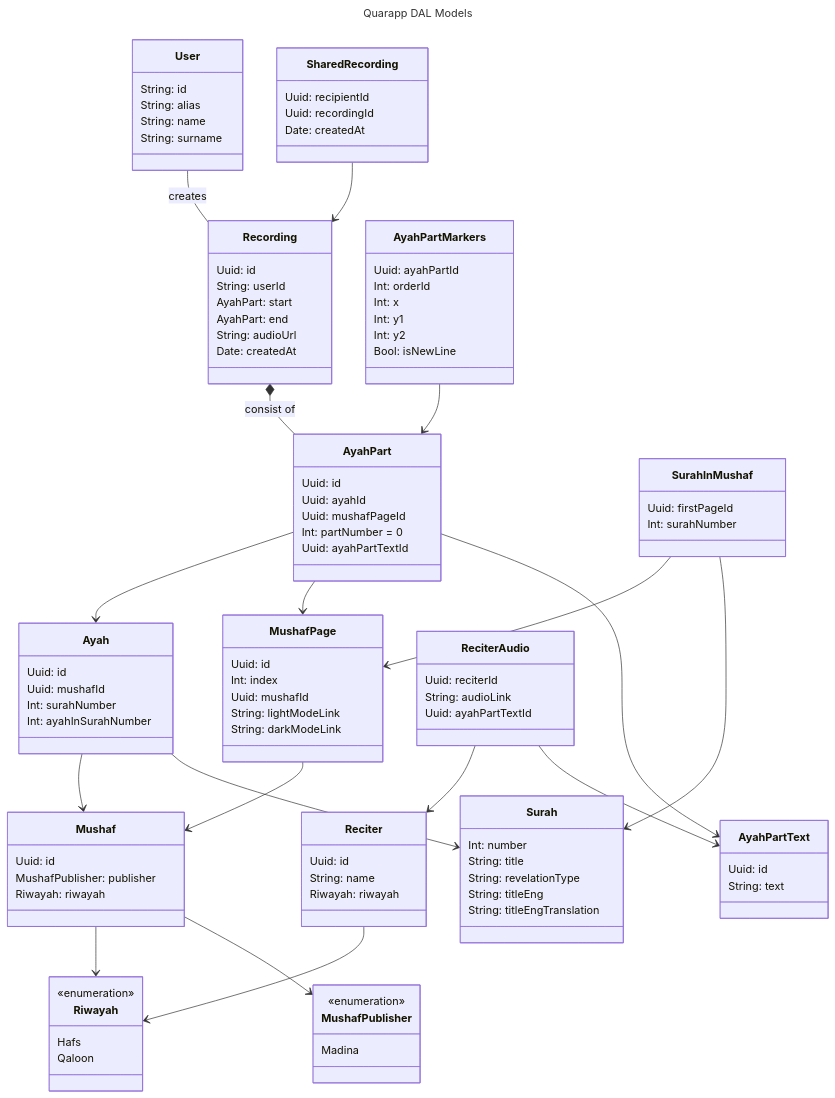
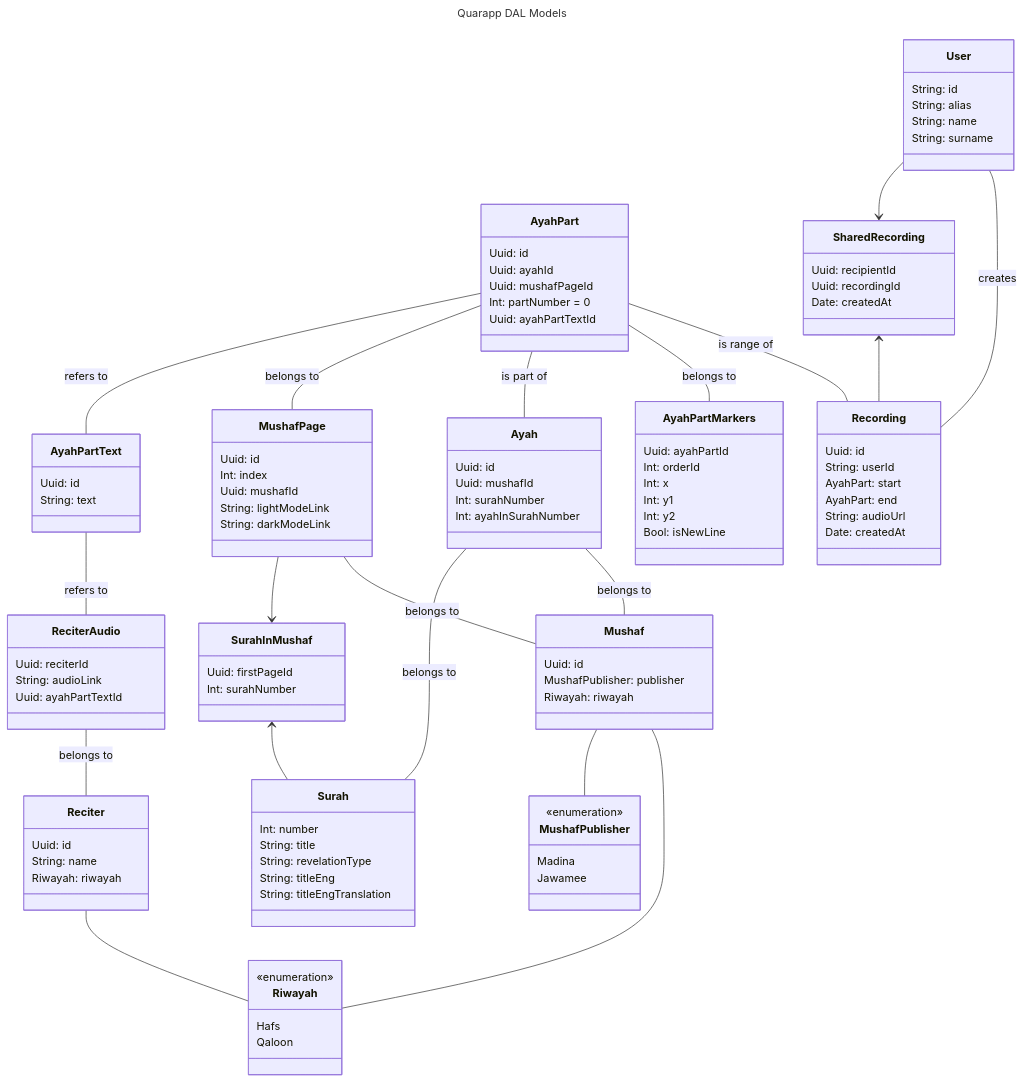
The diagram in models_mvp_v2.mmd (CrowdsourcingApps/QuaranApp_Backend), drawn with Mermaid before and after one commit. The commit also changed 2 other files, not shown here.

Commit message:
Fix/Updated old diagrams

```diff
--- a/models_mvp_v2.mmd
+++ b/models_mvp_v2.mmd
@@ -1,107 +1,109 @@
 ---
 title: Quarapp DAL Models
 ---
 classDiagram
 class Riwayah {
     <<enumeration>>
     Hafs
     Qaloon
 }
 class MushafPublisher {
     <<enumeration>>
     Madina
+    Jawamee
 }
 class User {
     String: id
     String: alias
     String: name
     String: surname
 }
 class Mushaf {
     Uuid: id
     MushafPublisher: publisher
     Riwayah: riwayah
 }
 class Surah {
     Int: number
     String: title
     String: revelationType
     String: titleEng
     String: titleEngTranslation
 }
 class MushafPage {
     Uuid: id
     Int: index
     Uuid: mushafId
     String: lightModeLink
     String: darkModeLink
 }
 class Ayah {
     Uuid: id
     Uuid: mushafId
     Int: surahNumber
     Int: ayahInSurahNumber
 }
 class AyahPart {
     Uuid: id
     Uuid: ayahId
     Uuid: mushafPageId
     Int: partNumber = 0
     Uuid: ayahPartTextId
 }
 class SurahInMushaf {
     Uuid: firstPageId
     Int: surahNumber
 }
 class Recording {
     Uuid: id
     String: userId
     AyahPart: start
     AyahPart: end 
     String: audioUrl
     Date: createdAt
 }
 class SharedRecording {
     Uuid: recipientId
     Uuid: recordingId
     Date: createdAt
 }
 class AyahPartMarkers {
     Uuid: ayahPartId
     Int: orderId
     Int: x
     Int: y1
     Int: y2
     Bool: isNewLine
 }
 class Reciter {
     Uuid: id
     String: name
     Riwayah: riwayah
 }
 class ReciterAudio {
     Uuid: reciterId
     String: audioLink
     Uuid: ayahPartTextId
 }
 class AyahPartText {
     Uuid: id
     String: text
 }
-Recording *-- AyahPart: consist of
 User -- Recording: creates
-AyahPart --> Ayah
-AyahPart --> MushafPage
-AyahPart --> AyahPartText
-Ayah --> Mushaf
-Mushaf --> Riwayah
-Mushaf --> MushafPublisher
-SharedRecording --> Recording
-AyahPartMarkers --> AyahPart
-MushafPage --> Mushaf
-SurahInMushaf --> MushafPage
-SurahInMushaf --> Surah
-Reciter --> Riwayah
-ReciterAudio --> Reciter
-ReciterAudio --> AyahPartText
-Ayah --> Surah
+User --> SharedRecording
+SharedRecording <-- Recording
+AyahPart -- Recording: is range of
+AyahPart -- AyahPartMarkers: belongs to
+AyahPart -- Ayah: is part of
+AyahPart -- MushafPage: belongs to
+AyahPart -- AyahPartText: refers to
+Ayah -- Mushaf: belongs to
+Ayah -- Surah: belongs to
+MushafPage -- Mushaf: belongs to
+MushafPage --> SurahInMushaf
+SurahInMushaf <-- Surah
+ReciterAudio -- Reciter: belongs to
+AyahPartText -- ReciterAudio: refers to
+Reciter -- Riwayah
+Mushaf -- Riwayah
+Mushaf -- MushafPublisher
```
